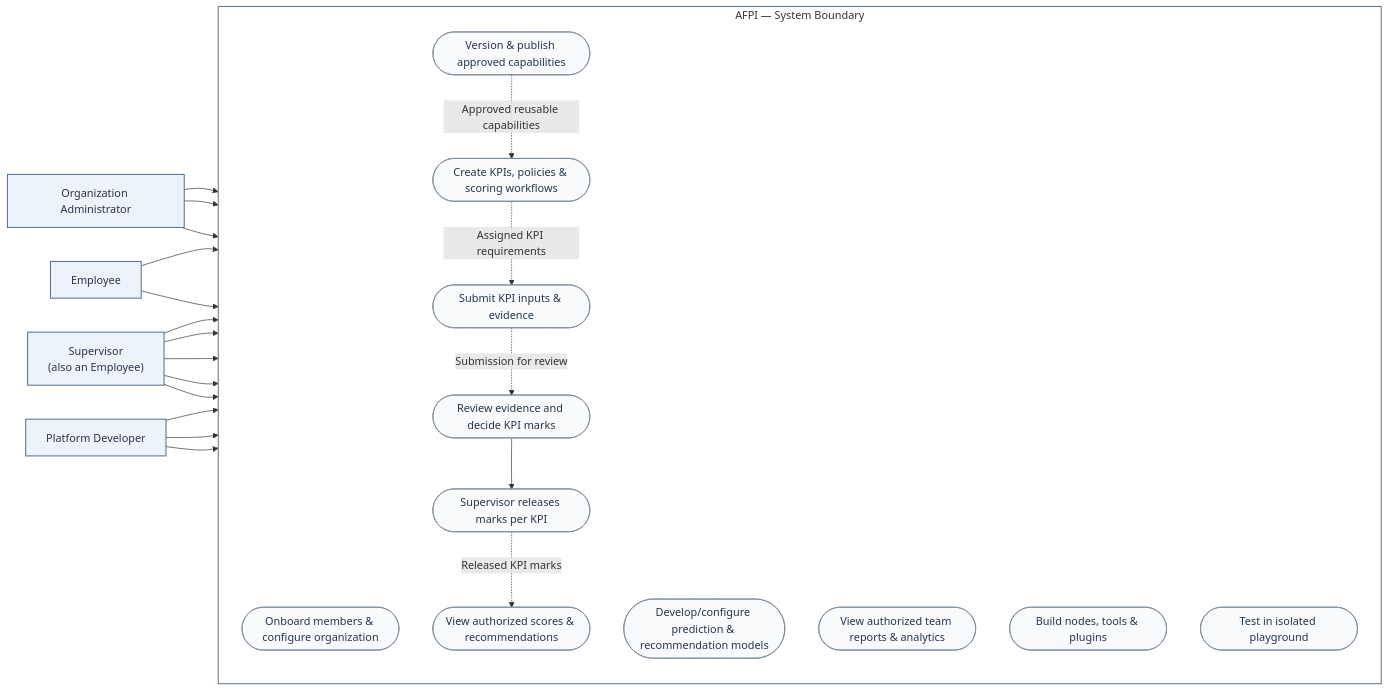
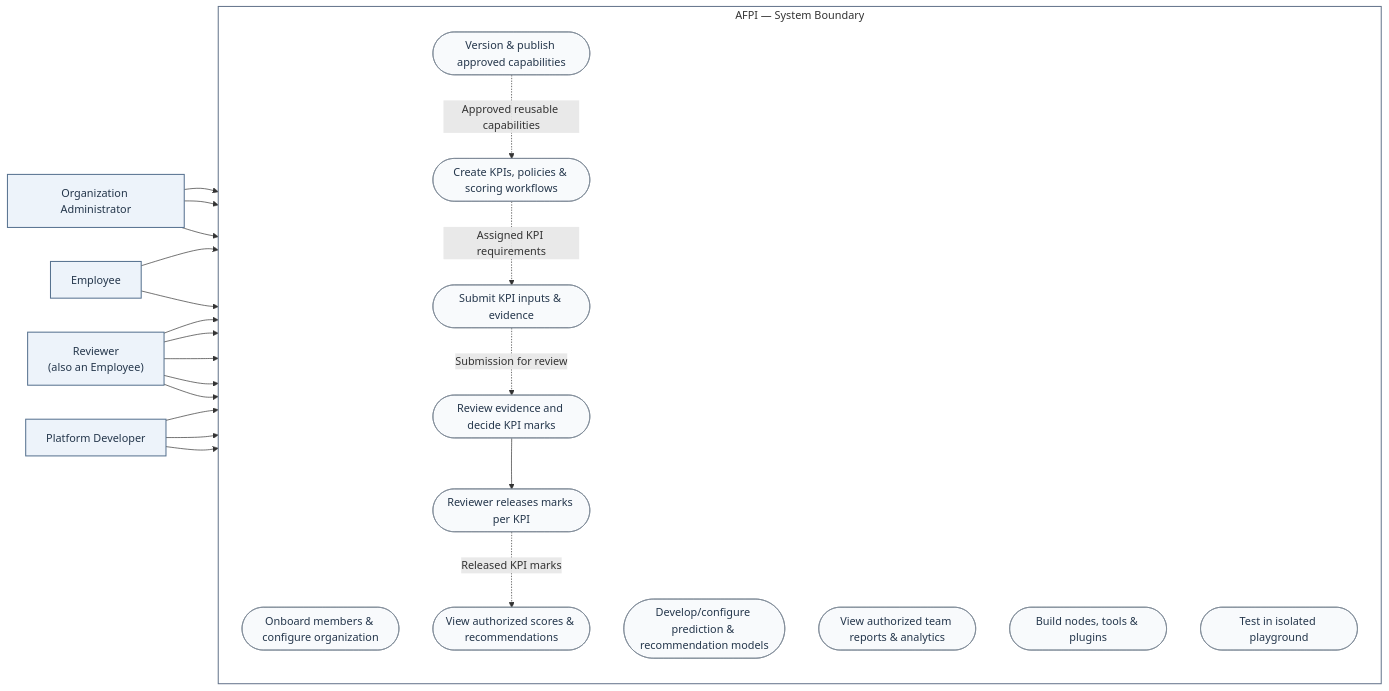
One commit to Kaushiik-13/KCT_AppraisalPortal changed the diagram in docs/project/OVERVIEW.md. Above: the diagram before and after it, drawn with Mermaid. The commit also changed other lines of this file and 22 other files, not shown here.

````diff
--- a/docs/project/OVERVIEW.md
+++ b/docs/project/OVERVIEW.md
@@ -22,51 +22,51 @@
 ```mermaid
 flowchart LR
   org["Organization Administrator"]
   emp["Employee"]
-  sup["Supervisor<br/>(also an Employee)"]
+  sup["Reviewer<br/>(also an Employee)"]
   dev["Platform Developer"]
 
   subgraph afpi["AFPI — System Boundary"]
     direction TB
     govern(["Onboard members & configure organization"])
     policy(["Create KPIs, policies & scoring workflows"])
     models(["Develop/configure prediction & recommendation models"])
     submit(["Submit KPI inputs & evidence"])
     verify(["Review evidence and decide KPI marks"])
-    release(["Supervisor releases marks per KPI"])
+    release(["Reviewer releases marks per KPI"])
     results(["View authorized scores & recommendations"])
     analytics(["View authorized team reports & analytics"])
     nodes(["Build nodes, tools & plugins"])
     playground(["Test in isolated playground"])
     publish(["Version & publish approved capabilities"])
   end
 
   org --> govern
   org --> policy
   org --> models
 
   emp --> submit
   emp --> results
 
   sup --> submit
   sup --> results
   sup --> verify
   sup --> release
   sup --> analytics
 
   dev --> nodes
   dev --> playground
   dev --> publish
 
   publish -. "Approved reusable capabilities" .-> policy
   policy -. "Assigned KPI requirements" .-> submit
   submit -. "Submission for review" .-> verify
   verify --> release
   release -. "Released KPI marks" .-> results
 
   classDef actor fill:#edf3fa,stroke:#56718f,color:#24364b,stroke-width:1.5px;
   classDef usecase fill:#f8fafc,stroke:#7b8794,color:#24364b;
   class org,emp,sup,dev actor;
   class govern,policy,models,submit,verify,release,results,analytics,nodes,playground,publish usecase;
   style afpi fill:#ffffff,stroke:#64748b,stroke-width:1.5px
 ```
````
